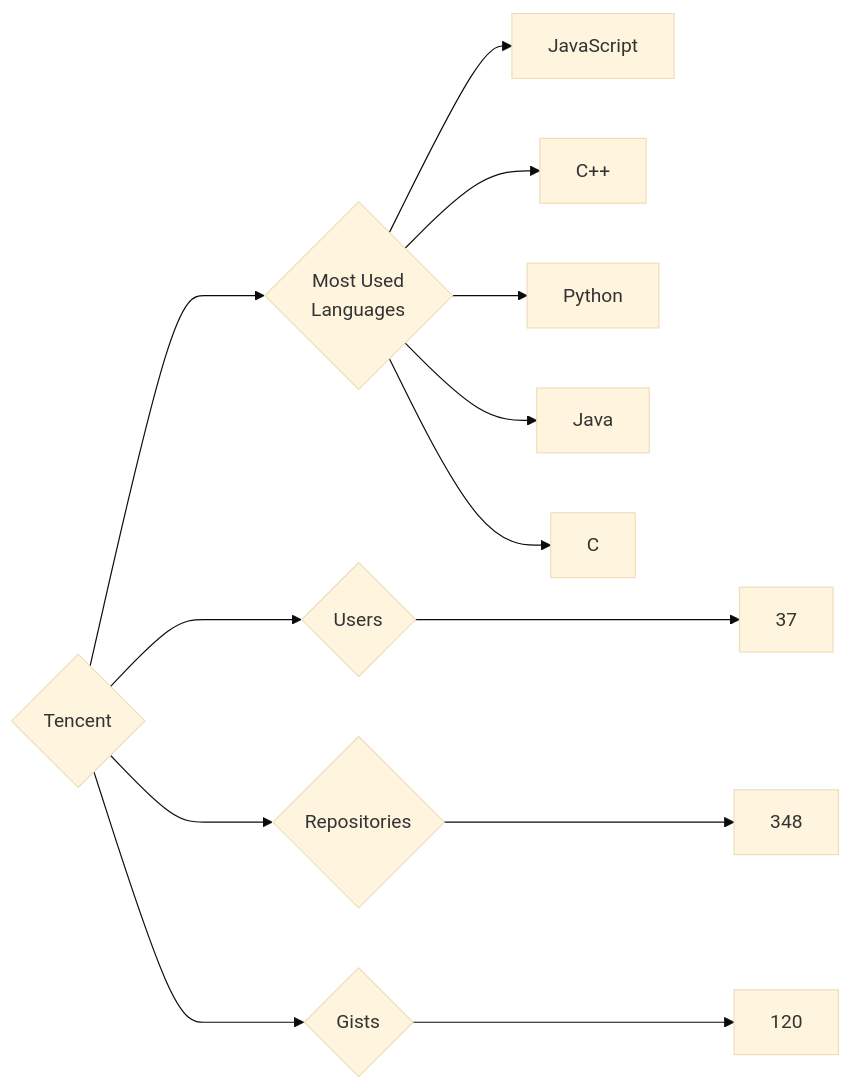
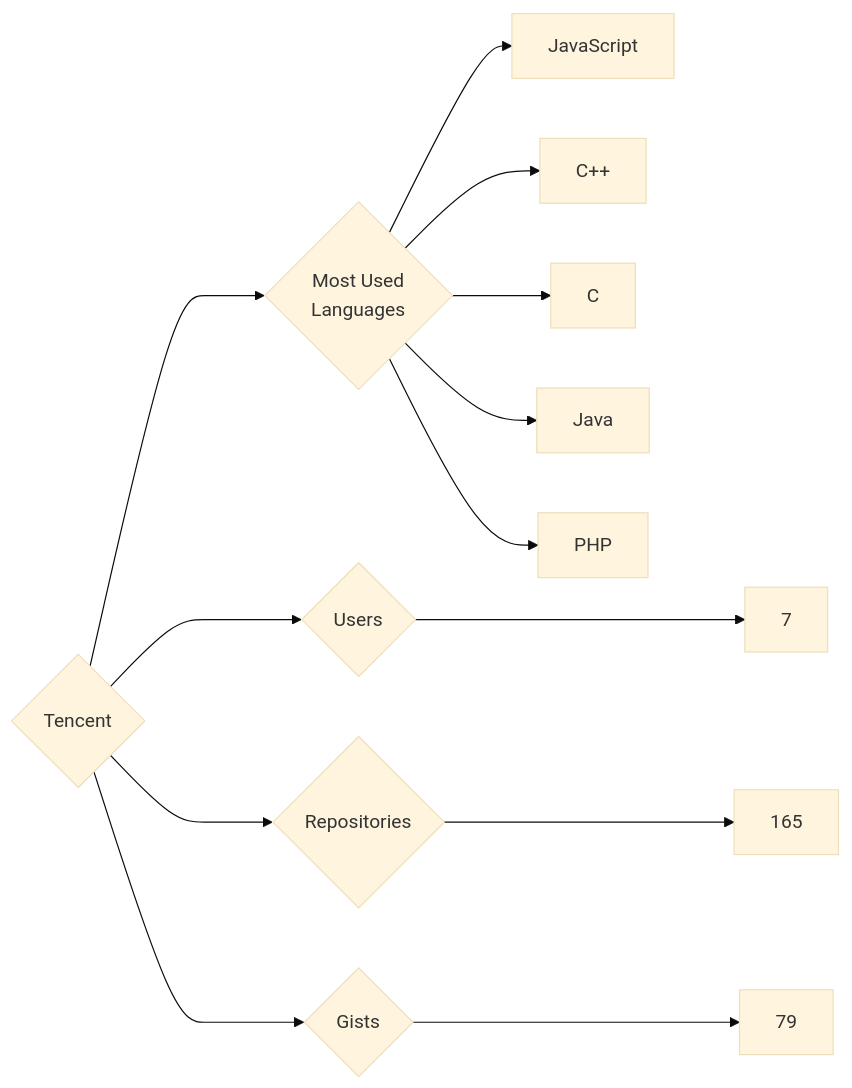
The diagram in targets/Tencent/README.md (trickest/insiders), drawn with Mermaid (base theme) before and after one commit. The commit also changed 940 other files, not shown here.

````diff
--- a/targets/Tencent/README.md
+++ b/targets/Tencent/README.md
@@ -3,13 +3,13 @@
 ```mermaid
 graph LR
 COMPANY_NAME{Tencent}
-COMPANY_NAME ---> U{Users} ---> UN[37]
-COMPANY_NAME ---> R{Repositories} ---> RN[348]
-COMPANY_NAME ---> G{Gists} ---> GN[120]
+COMPANY_NAME ---> U{Users} ---> UN[7]
+COMPANY_NAME ---> R{Repositories} ---> RN[165]
+COMPANY_NAME ---> G{Gists} ---> GN[79]
 COMPANY_NAME ---> ML{Most Used<br>Languages}
 ML --> JavaScript[JavaScript]
 ML --> C++[C++]
-ML --> Python[Python]
+ML --> C[C]
 ML --> Java[Java]
-ML --> C[C]
+ML --> PHP[PHP]
 ```
````
